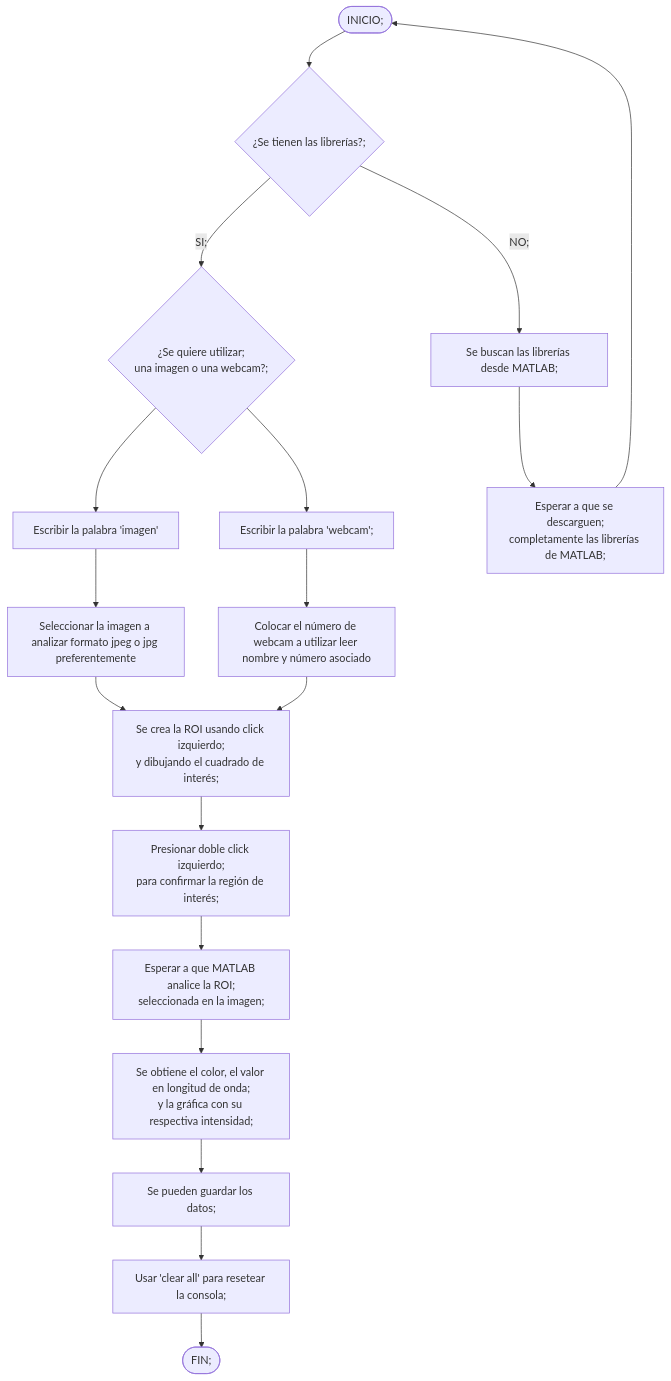
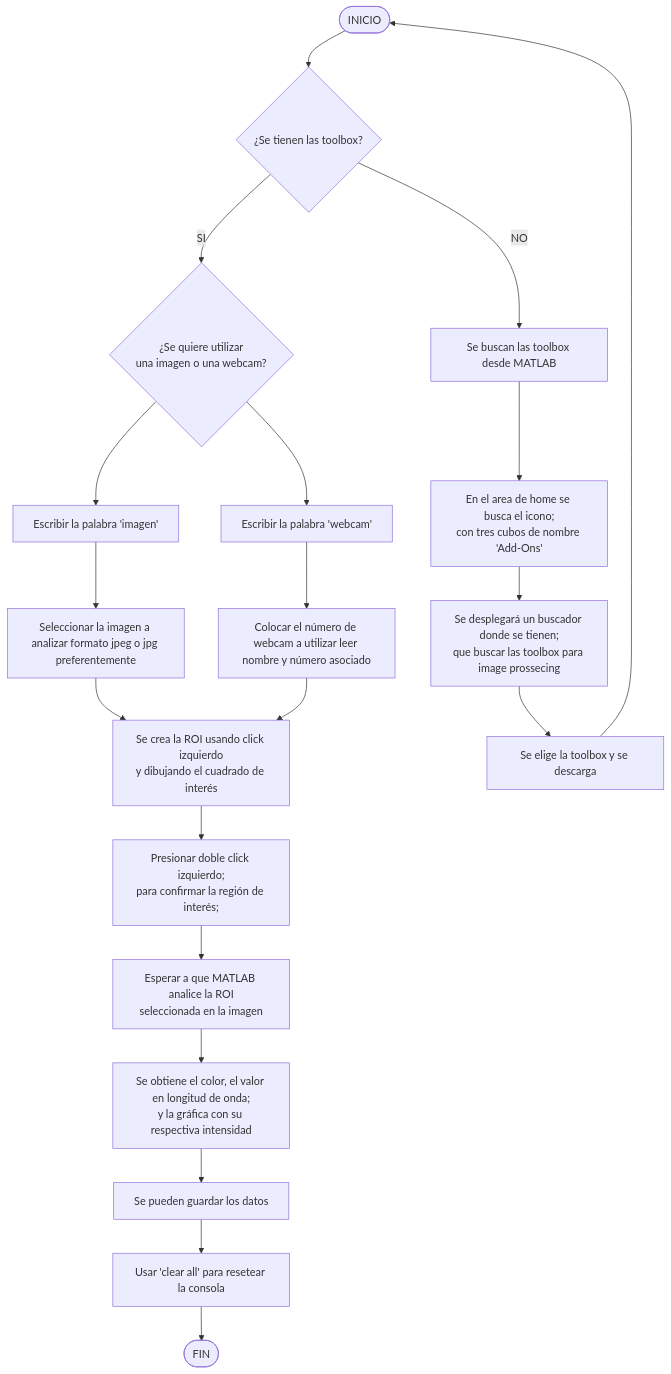
The diagram in Diagrama_Flujo_Instrucciones.md (YaelDan8/Proyecto-de-Flurimetro-casero), drawn with Mermaid before and after one commit.

````diff
--- a/Diagrama_Flujo_Instrucciones.md
+++ b/Diagrama_Flujo_Instrucciones.md
@@ -1,50 +1,54 @@
 ```mermaid
 flowchart TD
-  Start([INICIO;]);
+  Start([INICIO]);
 
   A1[Escribir la palabra 'imagen'];
   A2[Seleccionar la imagen a analizar formato jpeg o jpg preferentemente];
   A3[Presionar doble click izquierdo;\npara confirmar la región de interés;];
 
-  B1{¿Se tienen las librerías?;};
-  B2[Se buscan las librerías desde MATLAB;];
-  B3[Esperar a que se descarguen;\ncompletamente las librerías de MATLAB;];
+  B1{¿Se tienen las toolbox?};
+  B2[Se buscan las toolbox desde MATLAB];
+  B3[En el area de home se busca el icono;\ncon tres cubos de nombre 'Add-Ons'];
+  B4[Se desplegará un buscador donde se tienen;\nque buscar las toolbox para image prossecing];
+  B5[Se elige la toolbox y se descarga];
 
-  C1{¿Se quiere utilizar;\nuna imagen o una webcam?;};
+  C1{¿Se quiere utilizar\nuna imagen o una webcam?};
 
-  D1[Se crea la ROI usando click izquierdo;\ny dibujando el cuadrado de interés;];
-  D2[Esperar a que MATLAB analice la ROI;\nseleccionada en la imagen;];
+  D1[Se crea la ROI usando click izquierdo\ny dibujando el cuadrado de interés];
+  D2[Esperar a que MATLAB analice la ROI\nseleccionada en la imagen];
 
-  E1[Escribir la palabra 'webcam';];
+  E1[Escribir la palabra 'webcam'];
   E2[Colocar el número de webcam a utilizar leer nombre y número asociado];
 
-  F1[Se pueden guardar los datos;];
-  F2[Usar 'clear all' para resetear la consola;];
+  F1[Se pueden guardar los datos];
+  F2[Usar 'clear all' para resetear la consola];
 
-  G[Se obtiene el color, el valor en longitud de onda;\ny la gráfica con su respectiva intensidad;];
+  G[Se obtiene el color, el valor en longitud de onda;\ny la gráfica con su respectiva intensidad];
 
-  End([FIN;]);
+  End([FIN]);
 
   %% Flujo
-  Start -->  B1 -->|SI;| C1;
-  B1 -->|NO;| B2;
+  Start -->  B1 -->|SI| C1;
+  B1 -->|NO| B2;
   B2 --> B3;
-  B3 --> Start;
+  B3 --> B4;
+  B4 --> B5;
+  B5 --> Start;
   
   C1 --> A1;
   C1 --> E1;
   
   A1 --> A2;
   E1 --> E2;
 
   A2 --> D1;
   E2 --> D1;
   D1 --> A3;
 
   A3 --> D2;
   D2 --> G;
   G --> F1;
   F1 --> F2;
 
   F2 --> End;
 ```
````
